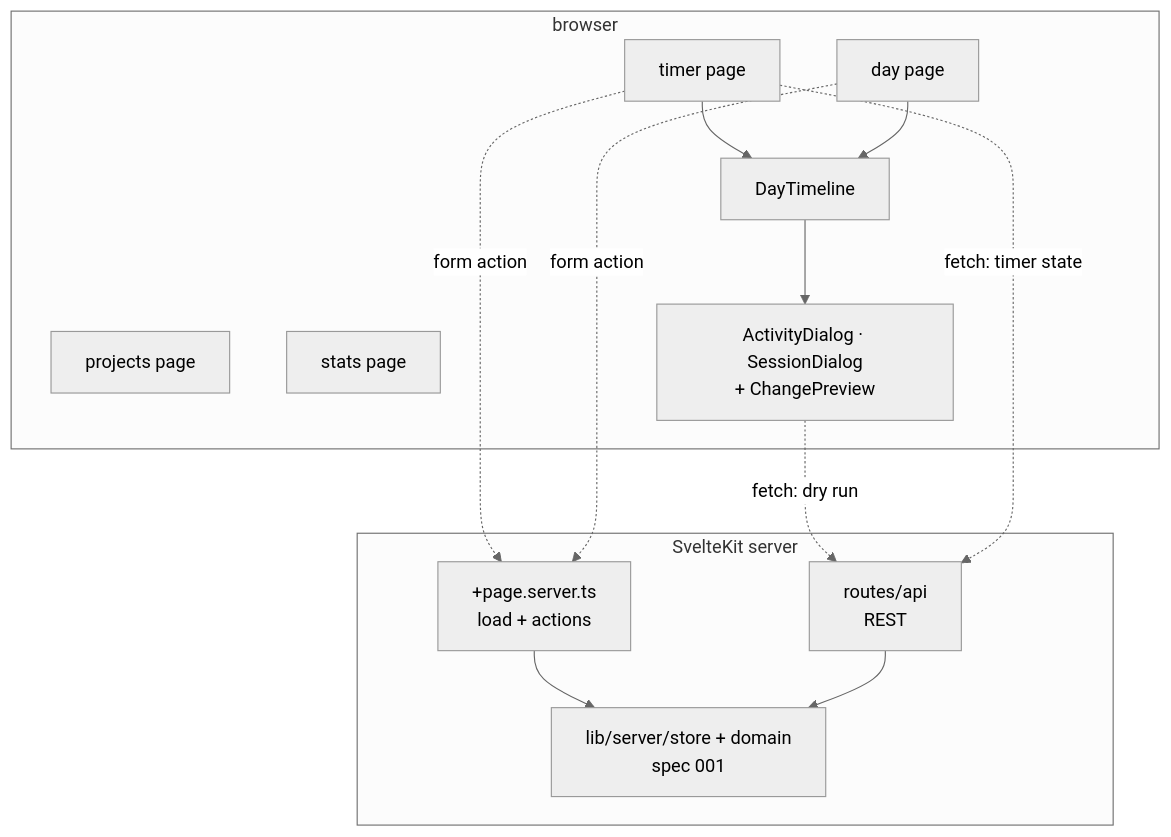
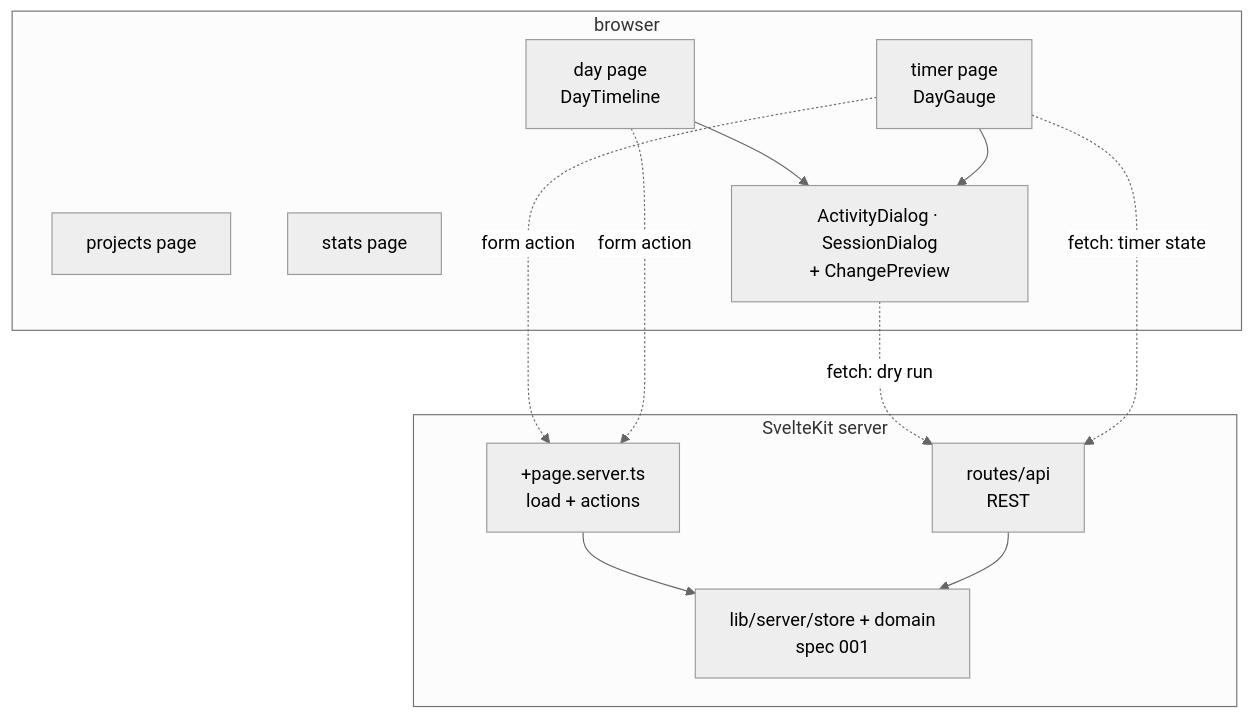
One commit to mjablecnik/WorkLog changed the first of 3 diagrams in .kiro/specs/002-worklog-ui/design.md. Above: the diagram before and after it, drawn with Mermaid (neutral theme). The commit also changed other lines of this file and 41 other files, not shown here.

````diff
--- a/.kiro/specs/002-worklog-ui/design.md
+++ b/.kiro/specs/002-worklog-ui/design.md
@@ -23,27 +26,25 @@
 ```mermaid
 graph TD
     subgraph browser [browser]
-        TP[timer page]
-        DP[day page]
+        TP[timer page<br/>DayGauge]
+        DP[day page<br/>DayTimeline]
         PP[projects page]
         SP[stats page]
-        TL[DayTimeline]
         DLG[ActivityDialog · SessionDialog<br/>+ ChangePreview]
     end
 
     subgraph server [SvelteKit server]
         LD[+page.server.ts<br/>load + actions]
         API[routes/api<br/>REST]
         CORE[lib/server/store + domain<br/>spec 001]
     end
 
-    TP --> TL
-    DP --> TL
-    TL --> DLG
+    DP --> DLG
+    TP --> DLG
     TP -.->|form action| LD
     DP -.->|form action| LD
     DLG -.->|fetch: dry run| API
     TP -.->|fetch: timer state| API
     LD --> CORE
     API --> CORE
 ```
````
